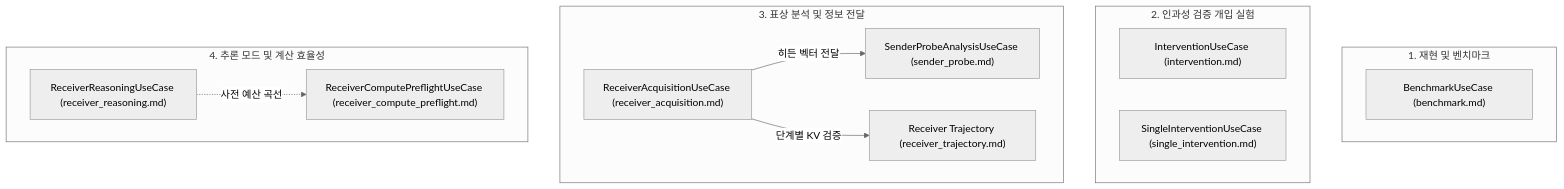
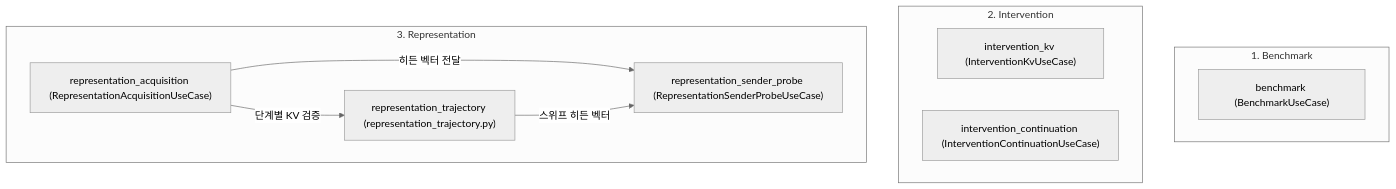
The diagram in docs/use_cases/README.md (esillileu/latentmas-reprop), drawn with Mermaid (neutral theme) before and after one commit. The commit also changed other lines of this file and 15 other files, not shown here.

````diff
--- a/docs/use_cases/README.md
+++ b/docs/use_cases/README.md
@@ -25,26 +24,21 @@
 ```mermaid
 flowchart TD
-    subgraph Reprop["1. 재현 및 벤치마크"]
-        UC_BM["BenchmarkUseCase (benchmark.md)"]
+    subgraph BenchmarkGroup["1. Benchmark"]
+        UC_BM["benchmark (BenchmarkUseCase)"]
     end
 
-    subgraph Causal["2. 인과성 검증 개입 실험"]
-        UC_IV["InterventionUseCase (intervention.md)"]
-        UC_SIV["SingleInterventionUseCase (single_intervention.md)"]
+    subgraph InterventionGroup["2. Intervention"]
+        UC_IKV["intervention_kv (InterventionKvUseCase)"]
+        UC_IC["intervention_continuation (InterventionContinuationUseCase)"]
     end
 
-    subgraph InfoTransfer["3. 표상 분석 및 정보 전달"]
-        UC_RA["ReceiverAcquisitionUseCase (receiver_acquisition.md)"]
-        UC_SP["SenderProbeAnalysisUseCase (sender_probe.md)"]
-        UC_RT["Receiver Trajectory (receiver_trajectory.md)"]
-    end
-
-    subgraph Efficiency["4. 추론 모드 및 계산 효율성"]
-        UC_RR["ReceiverReasoningUseCase (receiver_reasoning.md)"]
-        UC_RCP["ReceiverComputePreflightUseCase (receiver_compute_preflight.md)"]
+    subgraph RepresentationGroup["3. Representation"]
+        UC_RA["representation_acquisition (RepresentationAcquisitionUseCase)"]
+        UC_RT["representation_trajectory (representation_trajectory.py)"]
+        UC_SP["representation_sender_probe (RepresentationSenderProbeUseCase)"]
     end
 
     UC_RA -->|히든 벡터 전달| UC_SP
     UC_RA -->|단계별 KV 검증| UC_RT
-    UC_RR -.->|사전 예산 곡선| UC_RCP
+    UC_RT -->|스위프 히든 벡터| UC_SP
 ```
````
